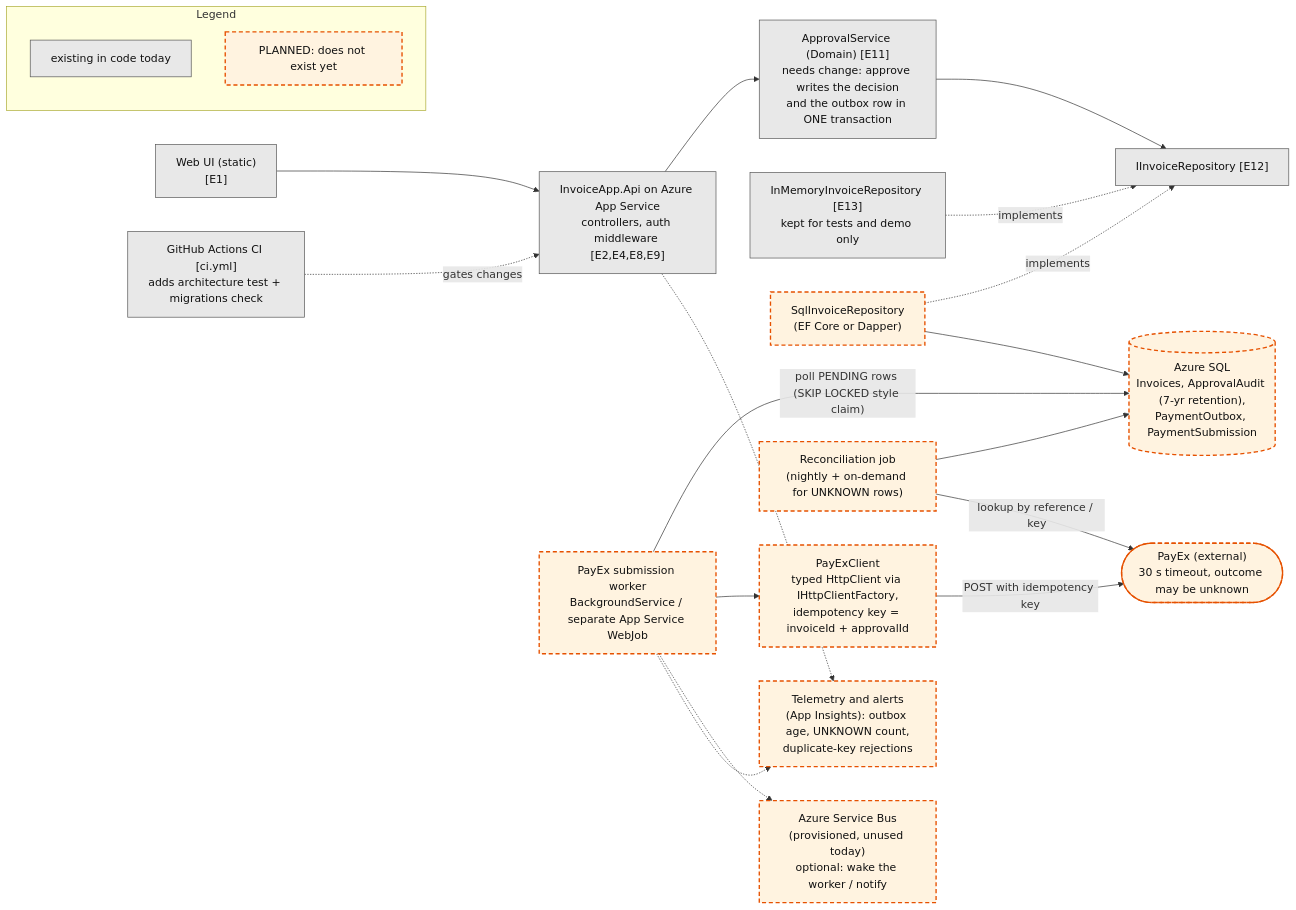
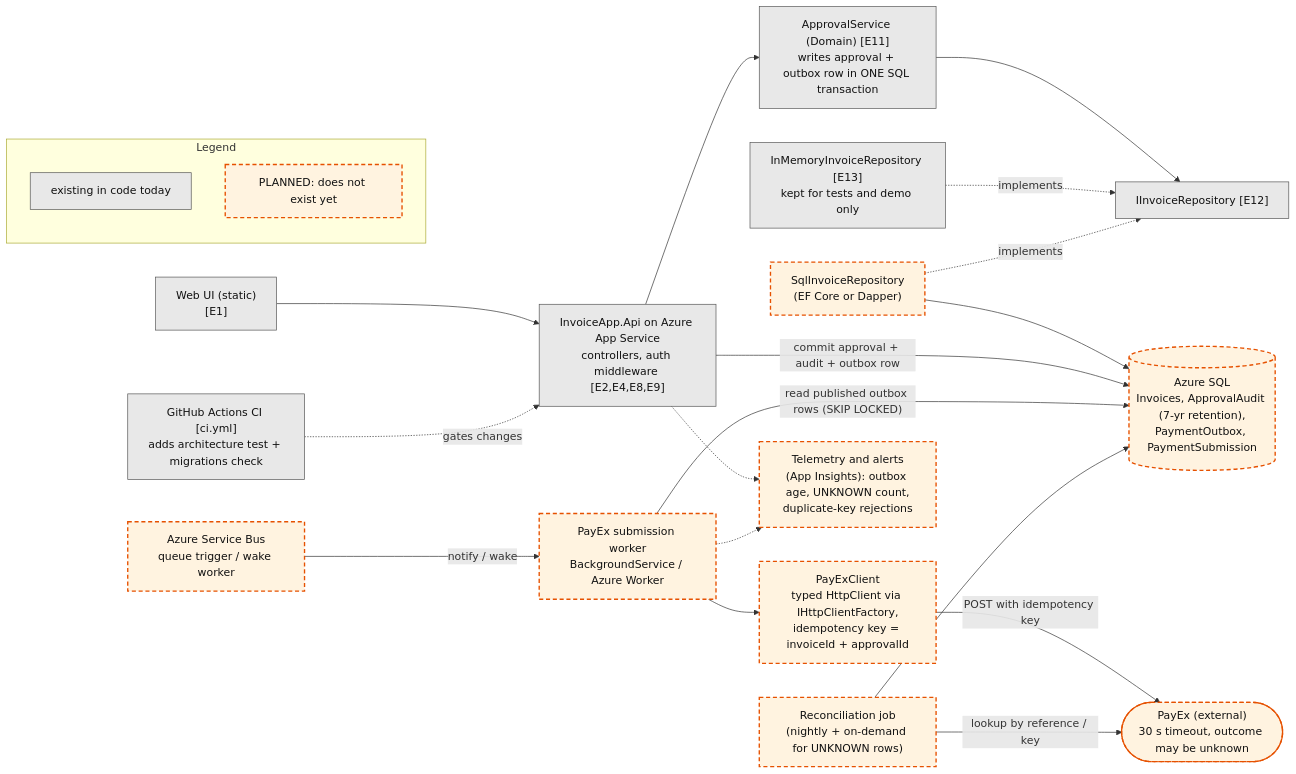
The diagram in submission/01-diagrams/target.mmd (abhi411/ai-in-sdlc-assign), drawn with Mermaid before and after one commit. The commit also changed 11 other files, not shown here.

```diff
--- a/submission/01-diagrams/target.mmd
+++ b/submission/01-diagrams/target.mmd
@@ -1,40 +1,41 @@
 flowchart LR
   classDef existing fill:#e8e8e8,stroke:#555,stroke-width:1px,color:#111
   classDef planned fill:#fff3e0,stroke:#e65100,stroke-width:2px,stroke-dasharray: 6 4,color:#111
 
   spa["Web UI (static)<br/>[E1]"]:::existing
   api["InvoiceApp.Api on Azure App Service<br/>controllers, auth middleware [E2,E4,E8,E9]"]:::existing
-  dom["ApprovalService (Domain) [E11]<br/>needs change: approve writes the decision<br/>and the outbox row in ONE transaction"]:::existing
+  dom["ApprovalService (Domain) [E11]<br/>writes approval + outbox row in ONE SQL transaction"]:::existing
   irepo["IInvoiceRepository [E12]"]:::existing
   mem["InMemoryInvoiceRepository [E13]<br/>kept for tests and demo only"]:::existing
 
   sqlrepo["SqlInvoiceRepository<br/>(EF Core or Dapper)"]:::planned
   sql[("Azure SQL<br/>Invoices, ApprovalAudit (7-yr retention),<br/>PaymentOutbox, PaymentSubmission")]:::planned
-  worker["PayEx submission worker<br/>BackgroundService / separate App Service WebJob"]:::planned
+  worker["PayEx submission worker<br/>BackgroundService / Azure Worker"]:::planned
   payex["PayExClient<br/>typed HttpClient via IHttpClientFactory,<br/>idempotency key = invoiceId + approvalId"]:::planned
   ext(["PayEx (external)<br/>30 s timeout, outcome may be unknown"]):::planned
   recon["Reconciliation job<br/>(nightly + on-demand for UNKNOWN rows)"]:::planned
-  sb["Azure Service Bus<br/>(provisioned, unused today)<br/>optional: wake the worker / notify"]:::planned
+  sb["Azure Service Bus<br/>queue trigger / wake worker"]:::planned
   obs["Telemetry and alerts<br/>(App Insights): outbox age, UNKNOWN count,<br/>duplicate-key rejections"]:::planned
   ci["GitHub Actions CI [ci.yml]<br/>adds architecture test + migrations check"]:::existing
 
   spa --> api
   api --> dom
   dom --> irepo
   mem -. implements .-> irepo
   sqlrepo -. implements .-> irepo
   sqlrepo --> sql
-  worker -- "poll PENDING rows (SKIP LOCKED style claim)" --> sql
+  api -- "commit approval + audit + outbox row" --> sql
+  worker -- "read published outbox rows (SKIP LOCKED)" --> sql
   worker --> payex
   payex -- "POST with idempotency key" --> ext
   recon --> sql
   recon -- "lookup by reference / key" --> ext
-  worker -.-> sb
+  sb -- "notify / wake" --> worker
   api -.-> obs
   worker -.-> obs
   ci -. "gates changes" .-> api
 
   subgraph legend["Legend"]
     l1["existing in code today"]:::existing
     l2["PLANNED: does not exist yet"]:::planned
   end
```
